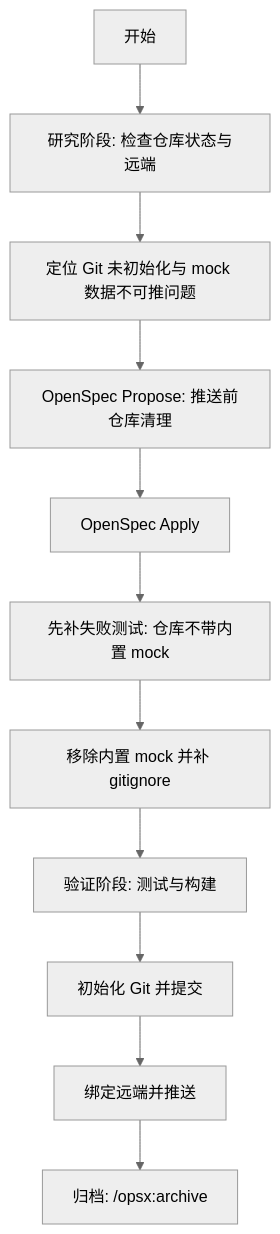
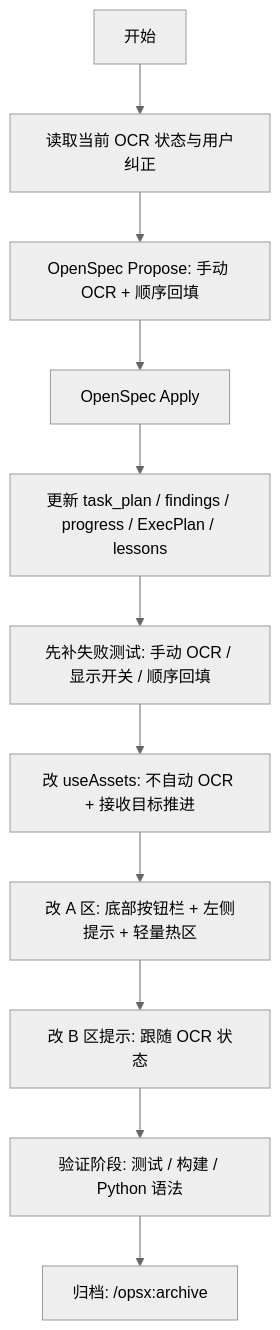
One commit to ifengz/iimage changed the first of 7 diagrams in FLOW.md. Above: the diagram before and after it, drawn with Mermaid (neutral theme). The commit also changed other lines of this file and 27 other files, not shown here.

````diff
--- a/FLOW.md
+++ b/FLOW.md
@@ -3,13 +3,13 @@
 ```mermaid
 graph TD
-    Start[开始] --> Research[研究阶段: 检查仓库状态与远端]
-    Research --> Diagnose[定位 Git 未初始化与 mock 数据不可推问题]
-    Diagnose --> Propose[OpenSpec Propose: 推送前仓库清理]
+    Start[开始] --> Review[读取当前 OCR 状态与用户纠正]
+    Review --> Propose[OpenSpec Propose: 手动 OCR + 顺序回填]
     Propose --> Apply[OpenSpec Apply]
-    Apply --> RedTest[先补失败测试: 仓库不带内置 mock]
-    RedTest --> Cleanup[移除内置 mock 并补 gitignore]
-    Cleanup --> Verify[验证阶段: 测试与构建]
-    Verify --> GitInit[初始化 Git 并提交]
-    GitInit --> Push[绑定远端并推送]
-    Push --> Archive[归档: /opsx:archive]
+    Apply --> Docs[更新 task_plan / findings / progress / ExecPlan / lessons]
+    Docs --> RedTest[先补失败测试: 手动 OCR / 显示开关 / 顺序回填]
+    RedTest --> State[改 useAssets: 不自动 OCR + 接收目标推进]
+    State --> Preview[改 A 区: 底部按钮栏 + 左侧提示 + 轻量热区]
+    Preview --> Edit[改 B 区提示: 跟随 OCR 状态]
+    Edit --> Verify[验证阶段: 测试 / 构建 / Python 语法]
+    Verify --> Archive[归档: /opsx:archive]
 ```
````
